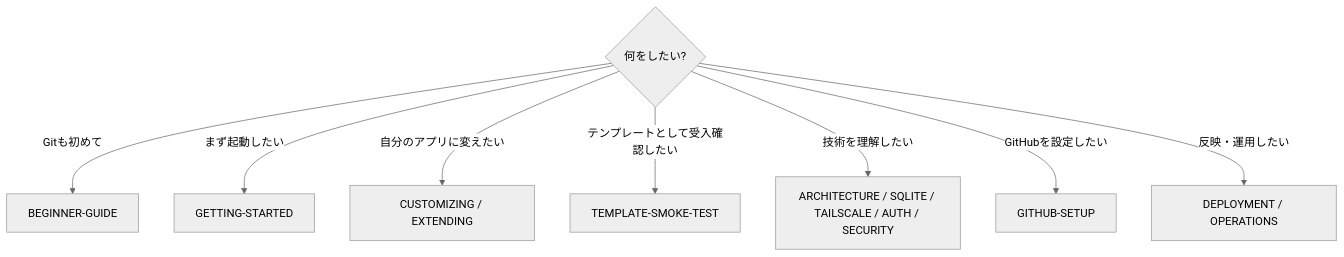
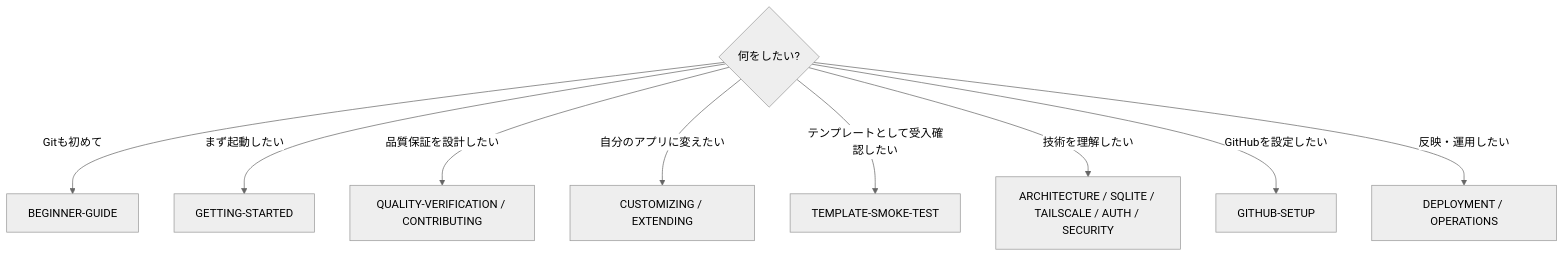
Before and after one commit to k-systems202208/python-sqlite-tailscale-webapp-template: the sixth of 6 diagrams in README.md, drawn with Mermaid (neutral theme). The commit also changed other lines of this file and 6 other files, not shown here.

````diff
--- a/README.md
+++ b/README.md
@@ -273,11 +278,12 @@
 ```mermaid
 flowchart TD
     Q{"何をしたい?"}
     Q -->|"Gitも初めて"| B["BEGINNER-GUIDE"]
     Q -->|"まず起動したい"| G["GETTING-STARTED"]
+    Q -->|"品質保証を設計したい"| V["QUALITY-VERIFICATION / CONTRIBUTING"]
     Q -->|"自分のアプリに変えたい"| C["CUSTOMIZING / EXTENDING"]
     Q -->|"テンプレートとして受入確認したい"| S["TEMPLATE-SMOKE-TEST"]
     Q -->|"技術を理解したい"| A["ARCHITECTURE / SQLITE / TAILSCALE / AUTH / SECURITY"]
     Q -->|"GitHubを設定したい"| H["GITHUB-SETUP"]
     Q -->|"反映・運用したい"| O["DEPLOYMENT / OPERATIONS"]
 ```
````
